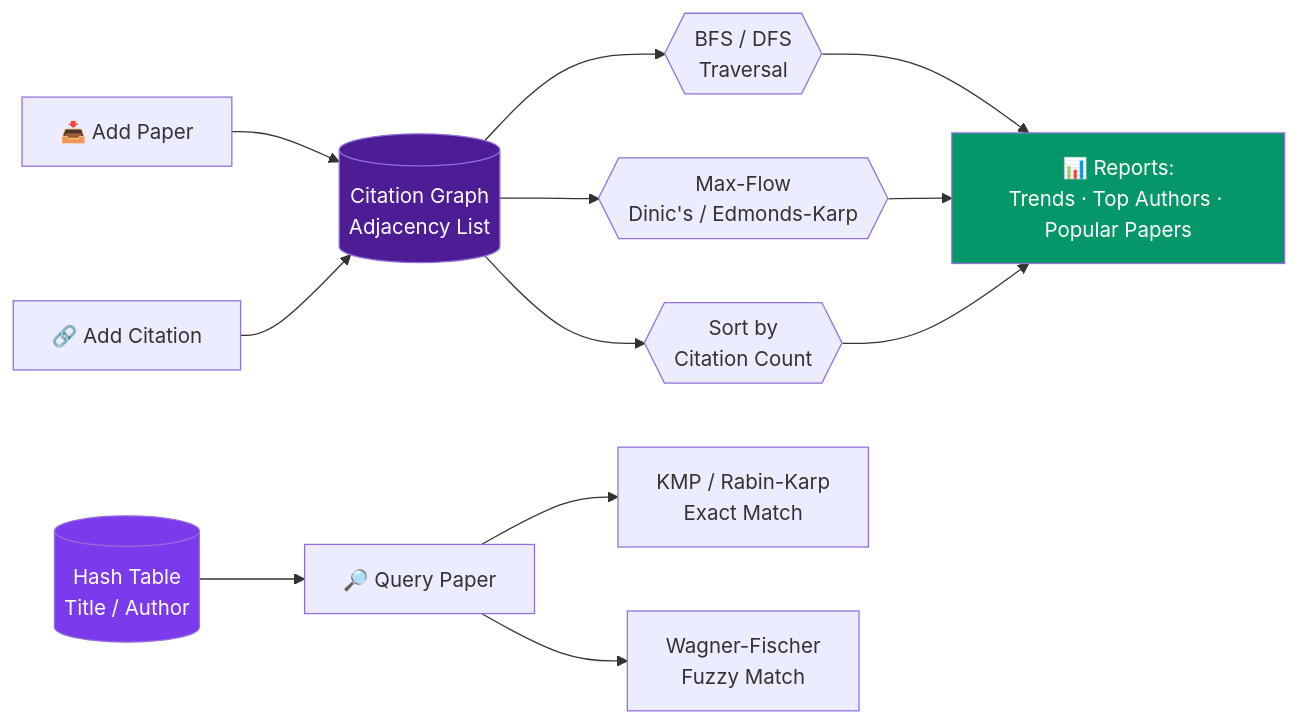
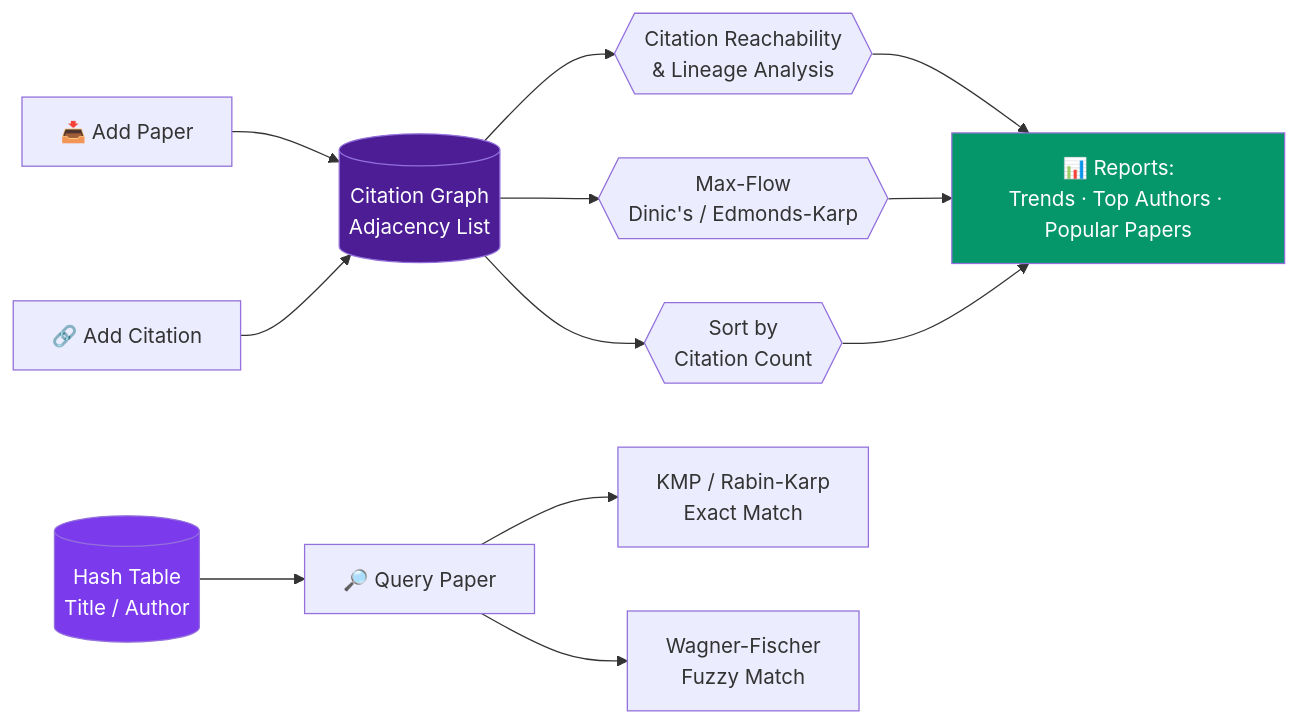
One commit to venkataramavinaybandla-crypto/DSA-3_Projects changed the first of 2 diagrams in README.md. Above: the diagram before and after it, drawn with Mermaid. The commit also changed other lines of this file and 12 other files, not shown here.

````diff
--- a/README.md
+++ b/README.md
@@ -73,18 +73,18 @@
 ```mermaid
 flowchart LR
     A[📥 Add Paper] --> G[(Citation Graph<br/>Adjacency List)]
     C[🔗 Add Citation] --> G
-    G --> B{{BFS / DFS<br/>Traversal}}
+    G --> B{{Citation Reachability<br/>& Lineage Analysis}}
     G --> F{{Max-Flow<br/>Dinic's / Edmonds-Karp}}
     G --> S{{Sort by<br/>Citation Count}}
     H[(Hash Table<br/>Title / Author)] --> Q[🔎 Query Paper]
     Q --> KMP[KMP / Rabin-Karp<br/>Exact Match]
     Q --> WF[Wagner-Fischer<br/>Fuzzy Match]
     B --> R[📊 Reports:<br/>Trends · Top Authors · Popular Papers]
     F --> R
     S --> R
 
     style G fill:#4c1d95,color:#fff
     style H fill:#7c3aed,color:#fff
     style R fill:#059669,color:#fff
 ```
````
